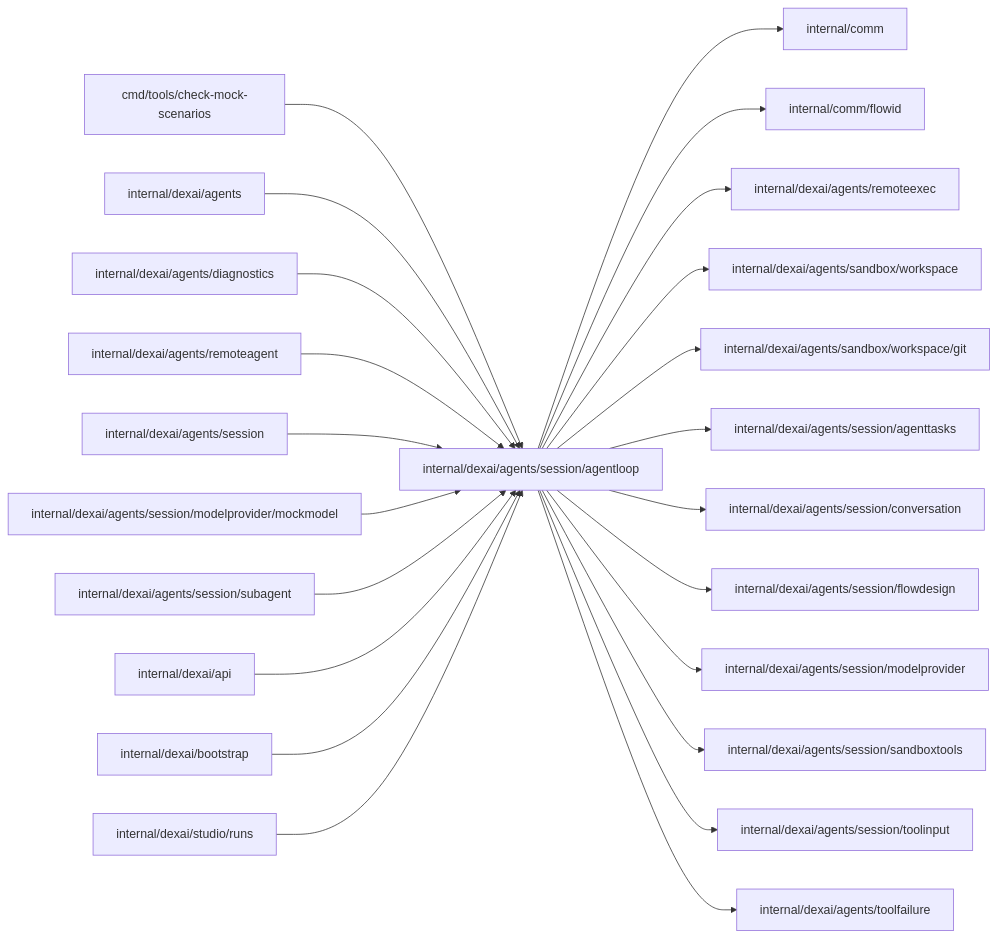
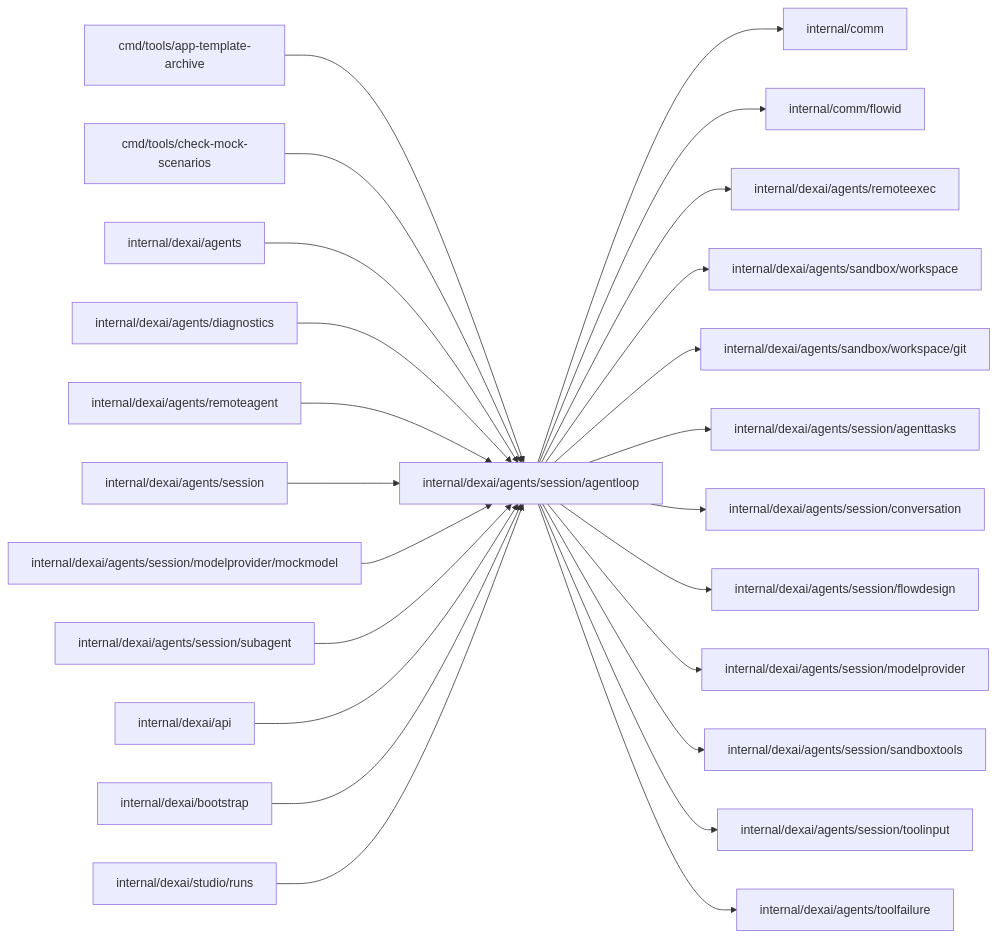
The diagram in internal/dexai/agents/session/agentloop/README.md (superdurable/superverse), drawn with Mermaid before and after one commit. The commit also changed other lines of this file and 167 other files, not shown here.

````diff
--- a/internal/dexai/agents/session/agentloop/README.md
+++ b/internal/dexai/agents/session/agentloop/README.md
@@ -10,26 +10,27 @@
 ```mermaid
 flowchart LR
   self["internal/dexai/agents/session/agentloop"]
-  c0["cmd/tools/check-mock-scenarios"] --> self
-  c1["internal/dexai/agents"] --> self
-  c2["internal/dexai/agents/diagnostics"] --> self
-  c3["internal/dexai/agents/remoteagent"] --> self
-  c4["internal/dexai/agents/session"] --> self
-  c5["internal/dexai/agents/session/modelprovider/mockmodel"] --> self
-  c6["internal/dexai/agents/session/subagent"] --> self
-  c7["internal/dexai/api"] --> self
-  c8["internal/dexai/bootstrap"] --> self
-  c9["internal/dexai/studio/runs"] --> self
+  c0["cmd/tools/app-template-archive"] --> self
+  c1["cmd/tools/check-mock-scenarios"] --> self
+  c2["internal/dexai/agents"] --> self
+  c3["internal/dexai/agents/diagnostics"] --> self
+  c4["internal/dexai/agents/remoteagent"] --> self
+  c5["internal/dexai/agents/session"] --> self
+  c6["internal/dexai/agents/session/modelprovider/mockmodel"] --> self
+  c7["internal/dexai/agents/session/subagent"] --> self
+  c8["internal/dexai/api"] --> self
+  c9["internal/dexai/bootstrap"] --> self
+  c10["internal/dexai/studio/runs"] --> self
   self --> d0["internal/comm"]
   self --> d1["internal/comm/flowid"]
   self --> d2["internal/dexai/agents/remoteexec"]
   self --> d3["internal/dexai/agents/sandbox/workspace"]
   self --> d4["internal/dexai/agents/sandbox/workspace/git"]
   self --> d5["internal/dexai/agents/session/agenttasks"]
   self --> d6["internal/dexai/agents/session/conversation"]
   self --> d7["internal/dexai/agents/session/flowdesign"]
   self --> d8["internal/dexai/agents/session/modelprovider"]
   self --> d9["internal/dexai/agents/session/sandboxtools"]
   self --> d10["internal/dexai/agents/session/toolinput"]
   self --> d11["internal/dexai/agents/toolfailure"]
 ```
````
